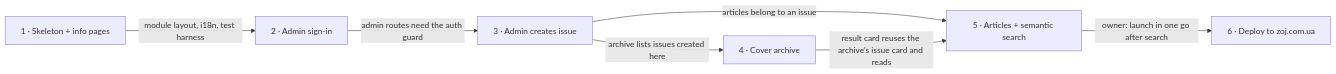
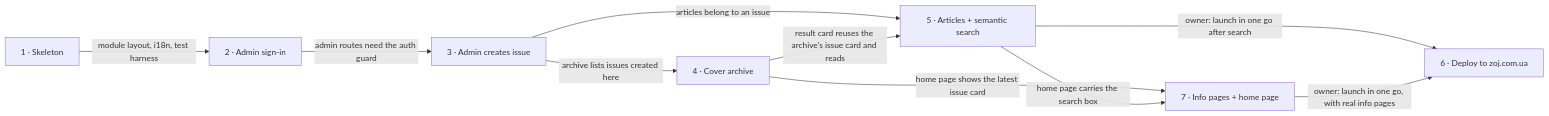
One commit to pashaprig/zsj changed the diagram in docs/roadmap.md. Above: the diagram before and after it, drawn with Mermaid. The commit also changed other lines of this file, not shown here.

Commit message:
roadmap: roadmap.md step 7 info pages + home page, step 1 shipped

````diff
--- a/docs/roadmap.md
+++ b/docs/roadmap.md
@@ -67,9 +71,12 @@
 ```mermaid
 flowchart LR
-  s1["1 · Skeleton + info pages"] -->|module layout, i18n, test harness| s2["2 · Admin sign-in"]
+  s1["1 · Skeleton"] -->|module layout, i18n, test harness| s2["2 · Admin sign-in"]
   s2 -->|admin routes need the auth guard| s3["3 · Admin creates issue"]
   s3 -->|archive lists issues created here| s4["4 · Cover archive"]
   s3 -->|articles belong to an issue| s5["5 · Articles + semantic search"]
   s4 -->|result card reuses the archive's issue card and reads| s5
+  s4 -->|home page shows the latest issue card| s7["7 · Info pages + home page"]
+  s5 -->|home page carries the search box| s7
   s5 -->|owner: launch in one go after search| s6["6 · Deploy to zoj.com.ua"]
+  s7 -->|owner: launch in one go, with real info pages| s6
 ```
````
